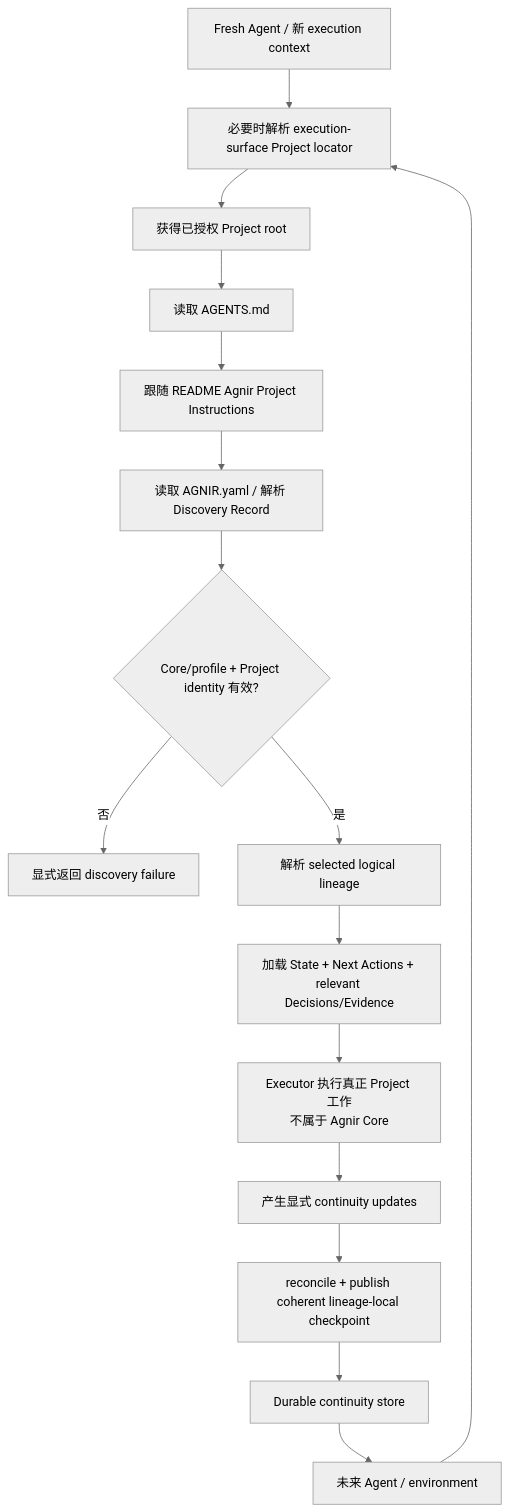
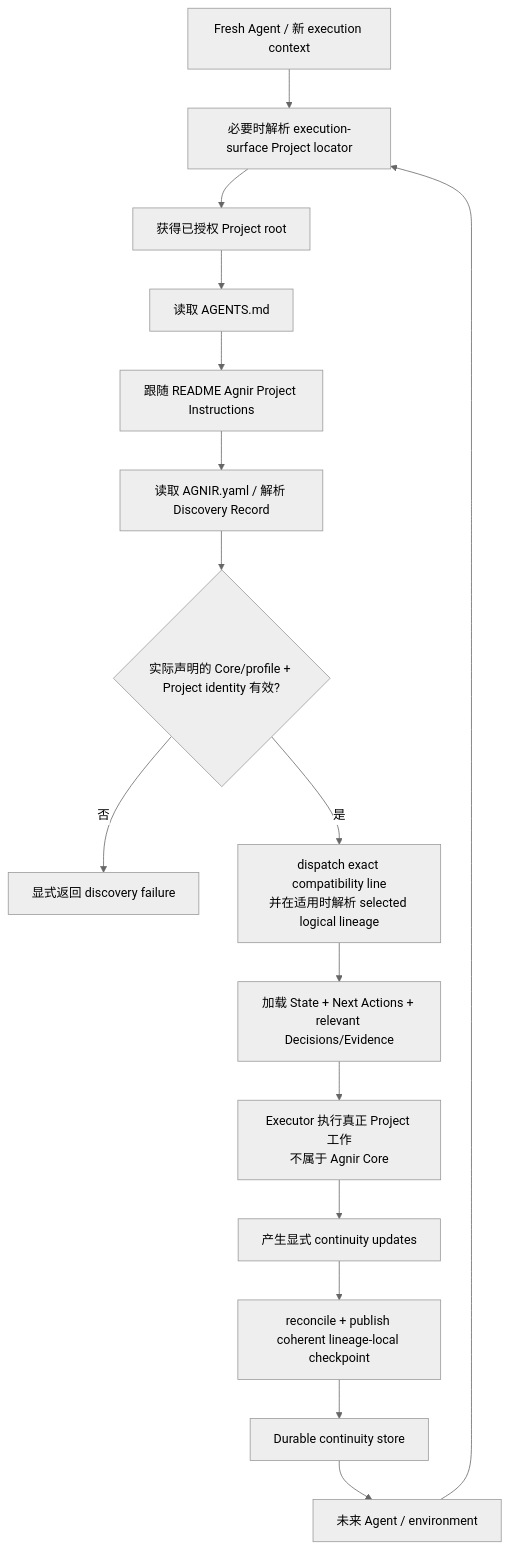
One commit to iorLab/agnir changed the second of 2 diagrams in README.zh-CN.md. Above: the diagram before and after it, drawn with Mermaid (neutral theme). The commit also changed other lines of this file and 20 other files, not shown here.

First line of the commit message:
v1: promote Core/profile 0.2 semantics to stable 1.0

````diff
--- a/README.zh-CN.md
+++ b/README.zh-CN.md
@@ -172,18 +174,18 @@
 ```mermaid
 flowchart TD
     C[Fresh Agent / 新 execution context] --> X[必要时解析 execution-surface Project locator]
     X --> P[获得已授权 Project root]
     P --> A[读取 AGENTS.md]
     A --> I[跟随 README Agnir Project Instructions]
     I --> R[读取 AGNIR.yaml / 解析 Discovery Record]
-    R --> V{Core/profile + Project identity 有效?}
+    R --> V{实际声明的 Core/profile + Project identity 有效?}
     V -- 否 --> F[显式返回 discovery failure]
-    V -- 是 --> L[解析 selected logical lineage]
+    V -- 是 --> L[dispatch exact compatibility line\n并在适用时解析 selected logical lineage]
     L --> Q[加载 State + Next Actions + relevant Decisions/Evidence]
     Q --> W[Executor 执行真正 Project 工作\n不属于 Agnir Core]
     W --> U[产生显式 continuity updates]
     U --> K[reconcile + publish coherent lineage-local checkpoint]
     K --> S[Durable continuity store]
     S --> N[未来 Agent / environment]
     N --> X
 ```
````
